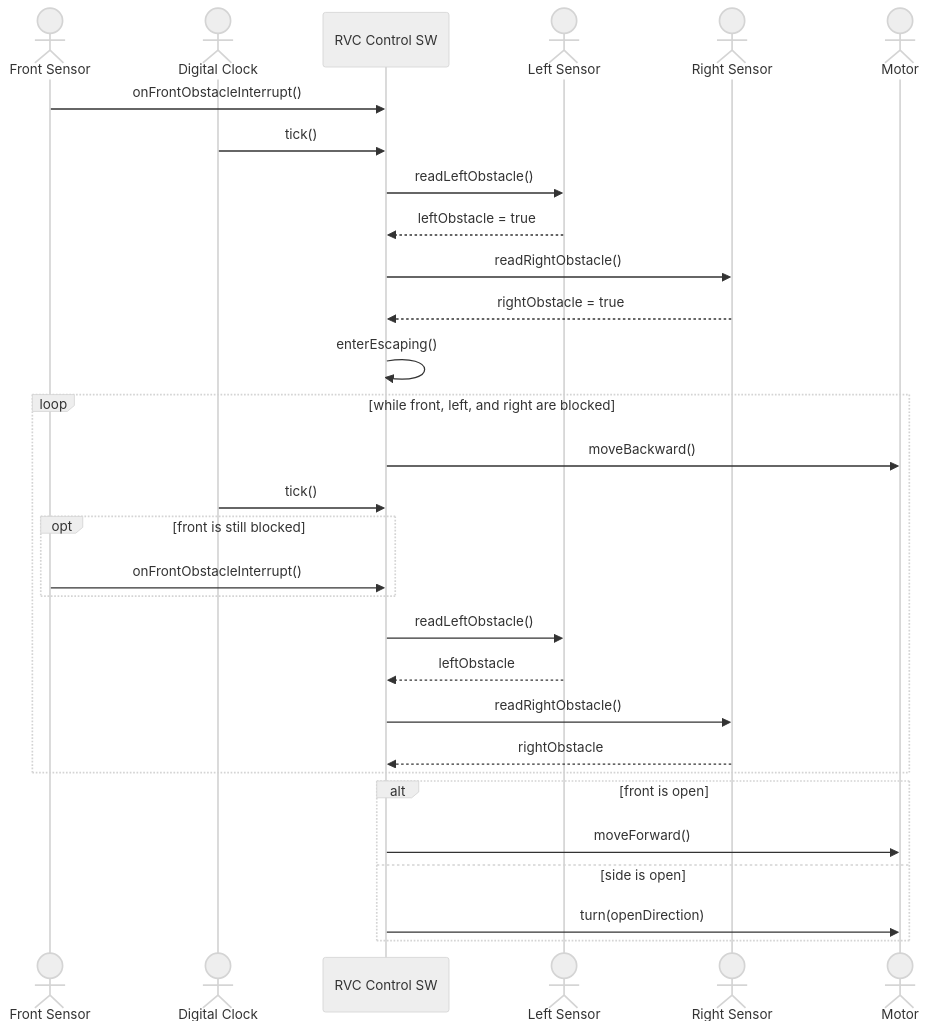
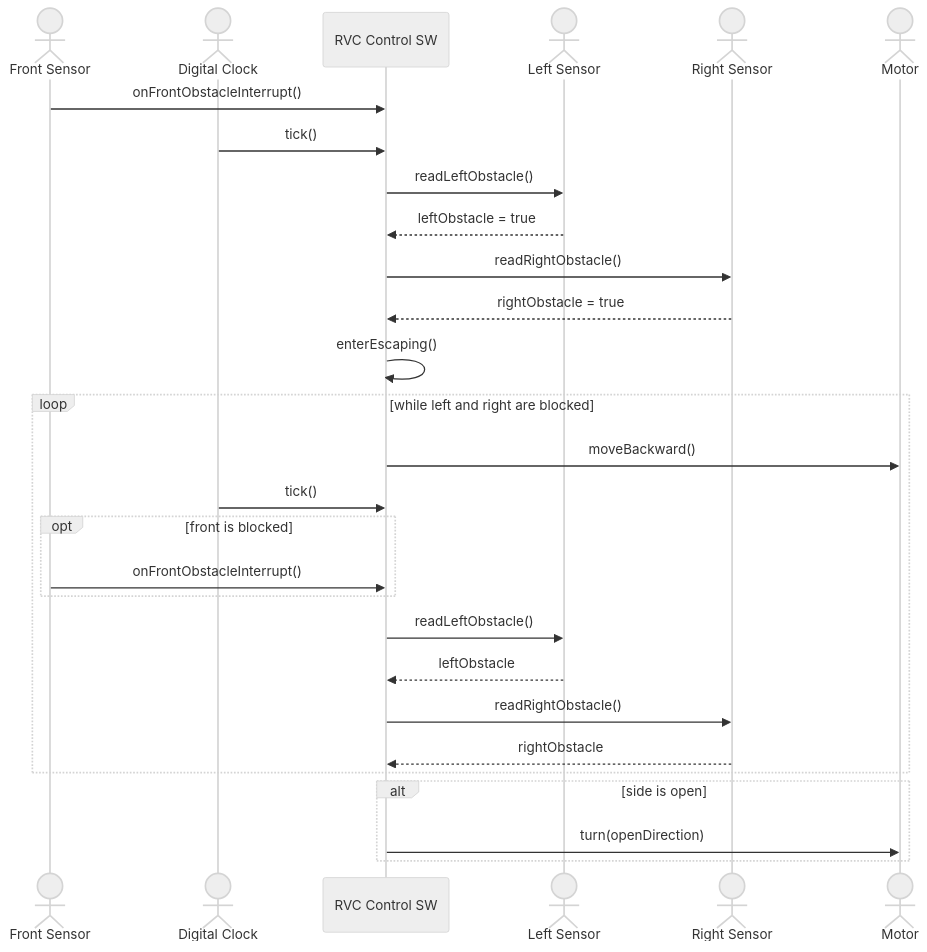
The fifth of 5 diagrams in docs/ooa_ssd.md (reload02/ooad-vibe), drawn with Mermaid (neutral theme) before and after one commit. The commit also changed 8 other files, not shown here.

````diff
--- a/docs/ooa_ssd.md
+++ b/docs/ooa_ssd.md
@@ -88,33 +88,31 @@
 ```mermaid
 sequenceDiagram
     actor FrontSensor as Front Sensor
     actor Clock as Digital Clock
     participant System as RVC Control SW
     actor LeftSensor as Left Sensor
     actor RightSensor as Right Sensor
     actor Motor
 
     FrontSensor->>System: onFrontObstacleInterrupt()
     Clock->>System: tick()
     System->>LeftSensor: readLeftObstacle()
     LeftSensor-->>System: leftObstacle = true
     System->>RightSensor: readRightObstacle()
     RightSensor-->>System: rightObstacle = true
     System->>System: enterEscaping()
-    loop while front, left, and right are blocked
+    loop while left and right are blocked
         System->>Motor: moveBackward()
         Clock->>System: tick()
-        opt front is still blocked
+        opt front is blocked
             FrontSensor->>System: onFrontObstacleInterrupt()
         end
         System->>LeftSensor: readLeftObstacle()
         LeftSensor-->>System: leftObstacle
         System->>RightSensor: readRightObstacle()
         RightSensor-->>System: rightObstacle
     end
-    alt front is open
-        System->>Motor: moveForward()
-    else side is open
+    alt side is open
         System->>Motor: turn(openDirection)
     end
 ```
````
